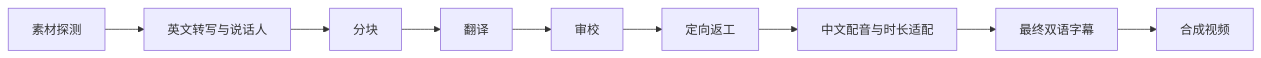
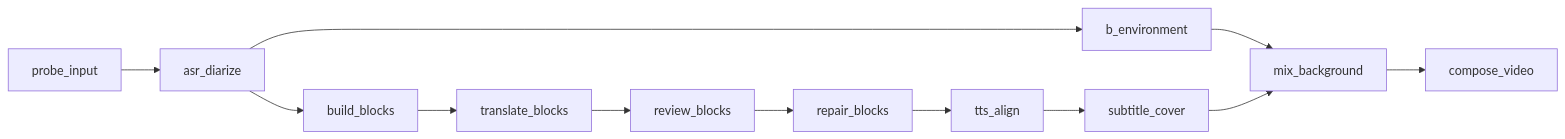
One commit to AchiDilyar/english-video-localizer changed the diagram in README.md. Above: the diagram before and after it, drawn with Mermaid. The commit also changed other lines of this file and 31 other files, not shown here.

Commit message:
fix(nodes): align environment increments with F main graph

````diff
--- a/README.md
+++ b/README.md
@@ -24,4 +24,8 @@
 ```mermaid
 flowchart LR
-  P[素材探测] --> B[英文转写与说话人] --> C1[分块] --> C2[翻译] --> C3[审校] --> R[定向返工] --> D[中文配音与时长适配] --> E[最终双语字幕] --> V[合成视频]
+  P[probe_input] --> B[asr_diarize]
+  B --> BG[b_environment]
+  B --> C1[build_blocks] --> C2[translate_blocks] --> C3[review_blocks] --> R[repair_blocks] --> D[tts_align] --> E[subtitle_cover]
+  BG --> M[mix_background]
+  E --> M --> V[compose_video]
 ```
````
